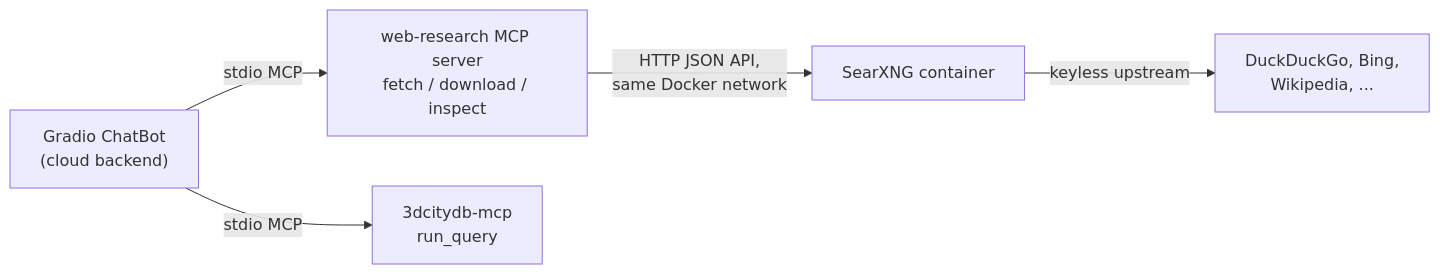
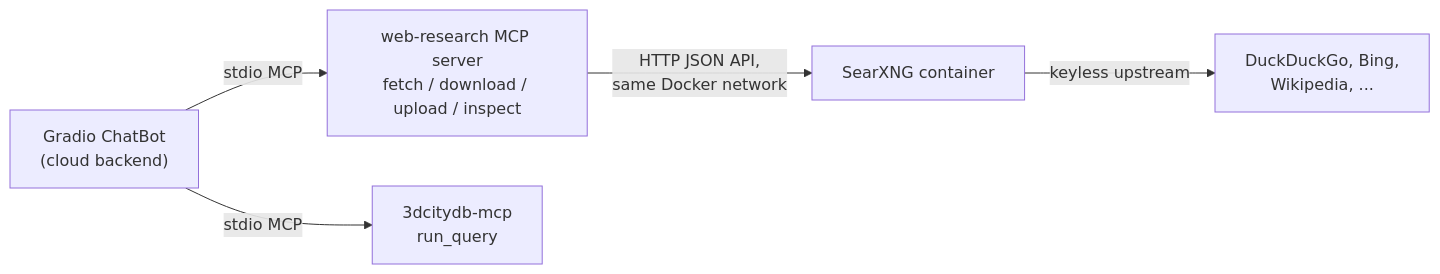
Before and after one commit to tum-gis/3dcitydb-mcp-server: the diagram in production/docs/idea-for-future-websearch.md, drawn with Mermaid. The commit also changed other lines of this file, not shown here.

````diff
--- a/production/docs/idea-for-future-websearch.md
+++ b/production/docs/idea-for-future-websearch.md
@@ -59,7 +59,7 @@
 ```mermaid
 flowchart LR
-    A["Gradio ChatBot<br/>(cloud backend)"] -->|stdio MCP| B["web-research MCP server<br/>fetch / download / inspect"]
+    A["Gradio ChatBot<br/>(cloud backend)"] -->|stdio MCP| B["web-research MCP server<br/>fetch / download / upload / inspect"]
     A -->|stdio MCP| C["3dcitydb-mcp<br/>run_query"]
     B -->|"HTTP JSON API,<br/>same Docker network"| D["SearXNG container"]
     D -->|keyless upstream| E["DuckDuckGo, Bing,<br/>Wikipedia, ..."]
 ```
````
